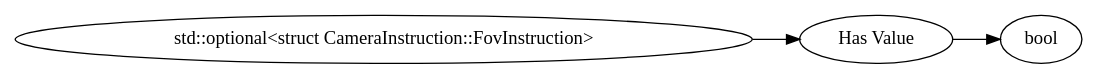
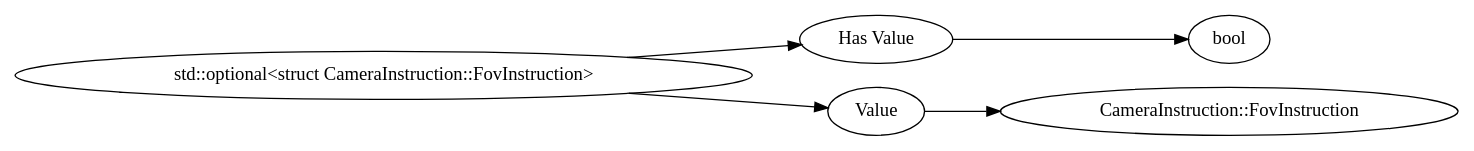
One commit to ApocalypsjeNL/bedrock-protocol-docs changed the diagram in dot/std__optional_struct_CameraInstruction__FovInstruction_.dot. Above: the diagram before and after it, drawn with Graphviz. The commit also changed 15 other files, not shown here.

```diff
--- a/dot/std__optional_struct_CameraInstruction__FovInstruction_.dot
+++ b/dot/std__optional_struct_CameraInstruction__FovInstruction_.dot
@@ -1,12 +1,16 @@
 digraph "std::optional<struct CameraInstruction::FovInstruction>" {
 rankdir = LR
 146
 146 -> 147
 147 -> 148
+146 -> 149
+149 -> 159
 
 146 [label="std::optional<struct CameraInstruction::FovInstruction>",comment="name: \"std::optional<struct CameraInstruction::FovInstruction>\", typeName: \"\", id: 146, branchId: 0, recurseId: -1, attributes: 0, notes: \"\""];
 147 [label="Has Value",comment="name: \"Has Value\", typeName: \"\", id: 147, branchId: 0, recurseId: -1, attributes: 0, notes: \"If true, follow with appropriate data type, otherwise nothing\""];
 148 [label="bool",comment="name: \"bool\", typeName: \"\", id: 148, branchId: 0, recurseId: -1, attributes: 512, notes: \"\""];
-{ rank = max;148}
+149 [label="Value",comment="name: \"Value\", typeName: \"CameraInstruction::FovInstruction\", id: 149, branchId: 0, recurseId: -1, attributes: 256, notes: \"\""];
+159 [label="CameraInstruction::FovInstruction",comment="name: \"CameraInstruction::FovInstruction\", typeName: \"\", id: 159, branchId: 0, recurseId: -1, attributes: 512, notes: \"\""];
+{ rank = max;148;159}
 
 }
```
